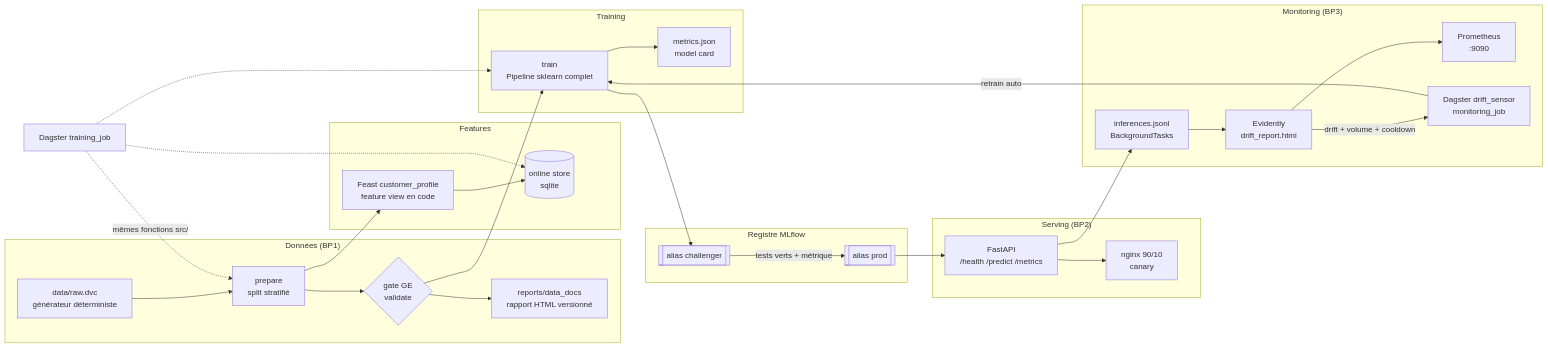
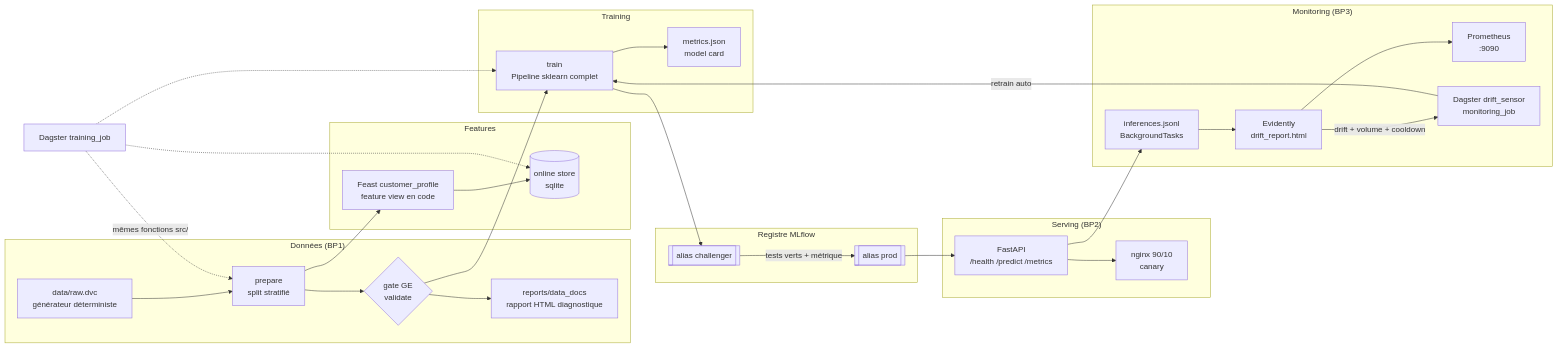
The diagram in README.md (GregoireLoens/mlops-template), drawn with Mermaid before and after one commit. The commit also changed other lines of this file and 10 other files, not shown here.

````diff
--- a/README.md
+++ b/README.md
@@ -16,45 +16,45 @@
 ```mermaid
 flowchart LR
     subgraph donnees["Données (BP1)"]
         RAW["data/raw.dvc<br/>générateur déterministe"]
         PREP["prepare<br/>split stratifié"]
         GE{"gate GE<br/>validate"}
-        DOCS["reports/data_docs<br/>rapport HTML versionné"]
+        DOCS["reports/data_docs<br/>rapport HTML diagnostique"]
     end
     subgraph features["Features"]
         FV["Feast customer_profile<br/>feature view en code"]
         ONL[("online store<br/>sqlite")]
     end
     subgraph training["Training"]
         TR["train<br/>Pipeline sklearn complet"]
         MM["metrics.json<br/>model card"]
     end
     subgraph registre["Registre MLflow"]
         CH[["alias challenger"]]
         PR[["alias prod"]]
     end
     subgraph serving["Serving (BP2)"]
         API["FastAPI<br/>/health /predict /metrics"]
         NGX["nginx 90/10<br/>canary"]
     end
     subgraph monitoring["Monitoring (BP3)"]
         LOG["inferences.jsonl<br/>BackgroundTasks"]
         EV["Evidently<br/>drift_report.html"]
         PRM["Prometheus<br/>:9090"]
         SEN["Dagster drift_sensor<br/>monitoring_job"]
     end
     RAW --> PREP --> GE --> TR
     PREP --> FV --> ONL
     GE --> DOCS
     TR --> MM
     TR --> CH
     CH -- "tests verts + métrique" --> PR
     PR --> API --> NGX
     API --> LOG --> EV
     EV --> PRM
     EV -- "drift + volume + cooldown" --> SEN
     SEN -- "retrain auto" --> TR
     DAG["Dagster training_job"] -. "mêmes fonctions src/" .-> PREP
     DAG -.-> ONL
     DAG -.-> TR
 ```
````
